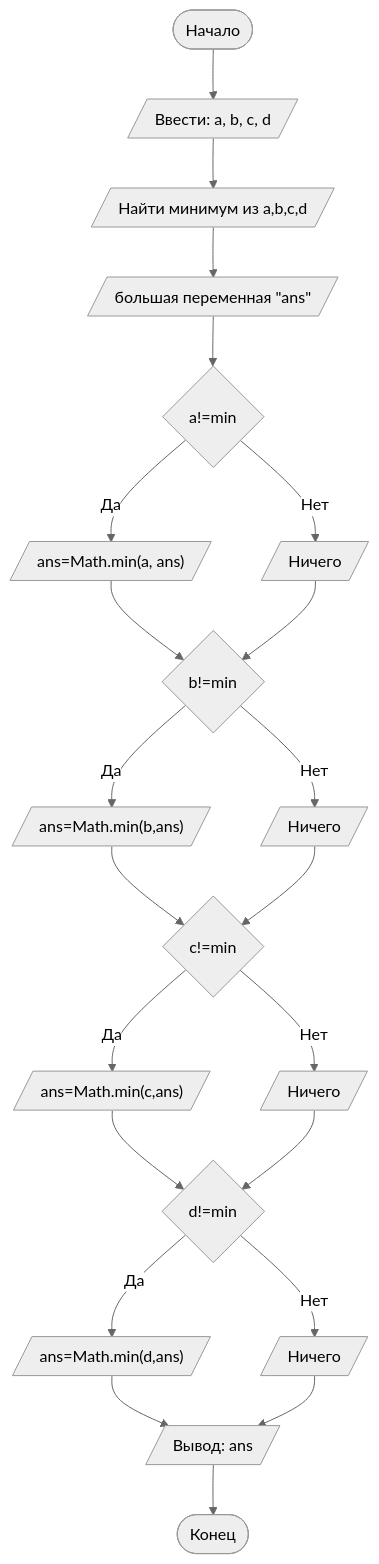
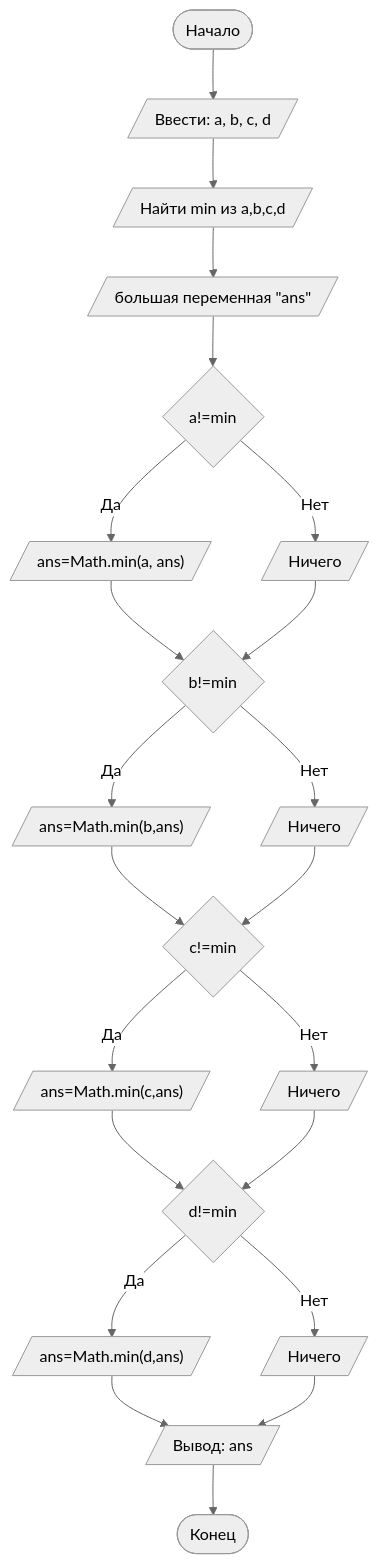
One commit to boob-eng/-SPSUE changed the diagram in README.md. Above: the diagram before and after it, drawn with Mermaid (neutral theme).

````diff
--- a/README.md
+++ b/README.md
@@ -91,25 +91,25 @@
 ```mermaid
 graph TD
    A([Начало]) --> B[/Ввести: a, b, c, d/]
-   B --> C[/Найти минимум из a,b,c,d/]
+   B --> C[/Найти min из a,b,c,d/]
    C --> D[/большая переменная "ans"/]
    D --> E{a!=min}
    E -- Да --> F[/"ans=Math.min(a, ans)"/]
    E -- Нет --> G[/Ничего/]
    F --> H{b!=min}
    G --> H
    H -- Да --> I[/"ans=Math.min(b,ans)"/]
    H -- Нет --> J[/Ничего/]
    I --> K{c!=min}
    J --> K
    K -- Да --> L[/"ans=Math.min(c,ans)"/]
    K -- Нет --> M[/Ничего/]
    L --> N{d!=min}
    M --> N
    N -- Да --> O[/"ans=Math.min(d,ans)"/]
    N -- Нет --> P[/Ничего/]
    O --> Q[/Вывод: ans/]
    P --> Q
    Q --> Z([Конец])
 
 ```
````
